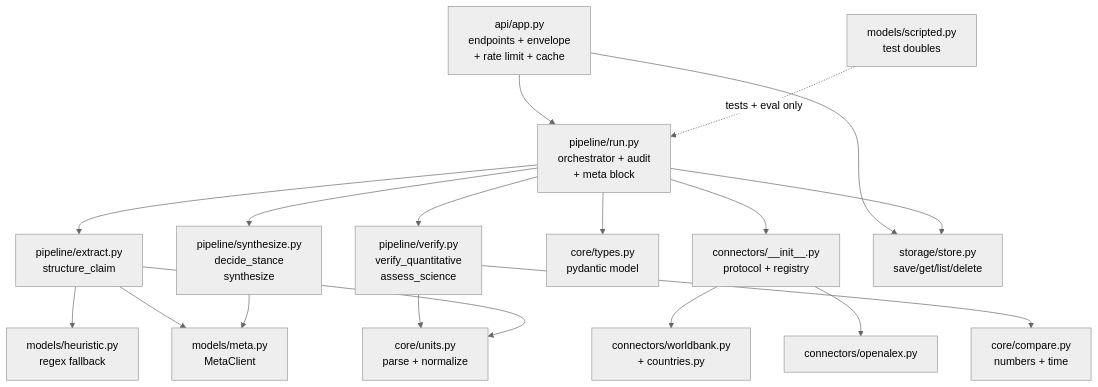
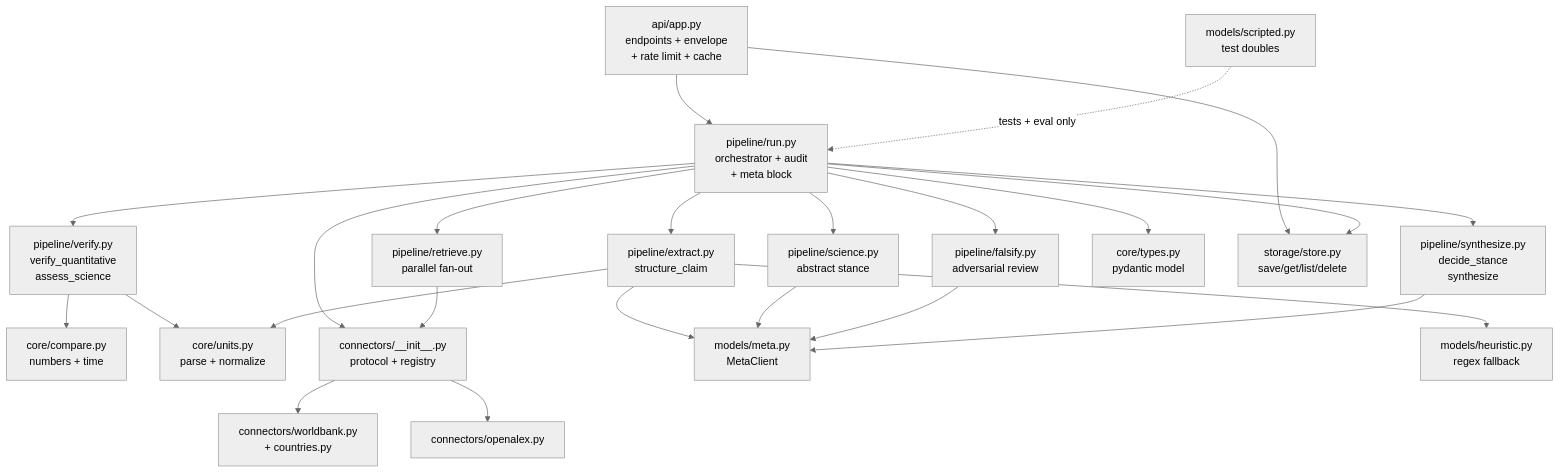
One commit to kiltro-dev/evidence-platform changed the third of 7 diagrams in docs/ARCHITECTURE.md. Above: the diagram before and after it, drawn with Mermaid (neutral theme). The commit also changed other lines of this file and 47 other files, not shown here.

First line of the commit message:
Operation First Place v0.3.0: precision methodology, advisory falsification, abstract science, receipt UX

````diff
--- a/docs/ARCHITECTURE.md
+++ b/docs/ARCHITECTURE.md
@@ -62,36 +62,45 @@
 ```mermaid
 flowchart TB
     api["api/app.py<br/>endpoints + envelope<br/>+ rate limit + cache"]
     run["pipeline/run.py<br/>orchestrator + audit<br/>+ meta block"]
     ext["pipeline/extract.py<br/>structure_claim"]
+    ret["pipeline/retrieve.py<br/>parallel fan-out"]
     ver["pipeline/verify.py<br/>verify_quantitative<br/>assess_science"]
+    sci["pipeline/science.py<br/>abstract stance"]
+    fal["pipeline/falsify.py<br/>adversarial review"]
     syn["pipeline/synthesize.py<br/>decide_stance<br/>synthesize"]
     cmp["core/compare.py<br/>numbers + time"]
     typ["core/types.py<br/>pydantic model"]
     units["core/units.py<br/>parse + normalize"]
     reg["connectors/__init__.py<br/>protocol + registry"]
     cwb["connectors/worldbank.py<br/>+ countries.py"]
     coa["connectors/openalex.py"]
     meta["models/meta.py<br/>MetaClient"]
     heu["models/heuristic.py<br/>regex fallback"]
     scr["models/scripted.py<br/>test doubles"]
     store["storage/store.py<br/>save/get/list/delete"]
 
     api --> run
     api --> store
     run --> ext
+    run --> ret
     run --> reg
     run --> ver
+    run --> sci
+    run --> fal
     run --> syn
     run --> store
+    ret --> reg
     reg --> cwb
     reg --> coa
     ext --> heu
     ext --> meta
+    sci --> meta
+    fal --> meta
     syn --> meta
     ver --> cmp
     ver --> units
     ext --> units
     run --> typ
     scr -. "tests + eval only" .-> run
 ```
````
